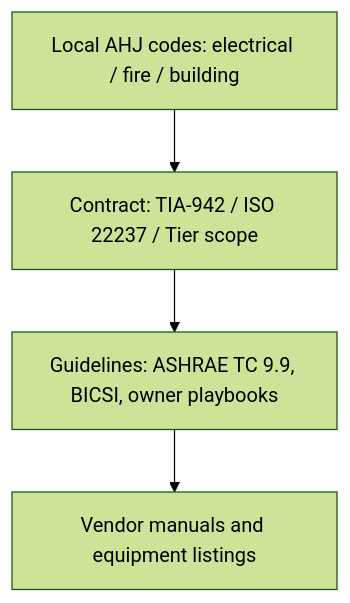
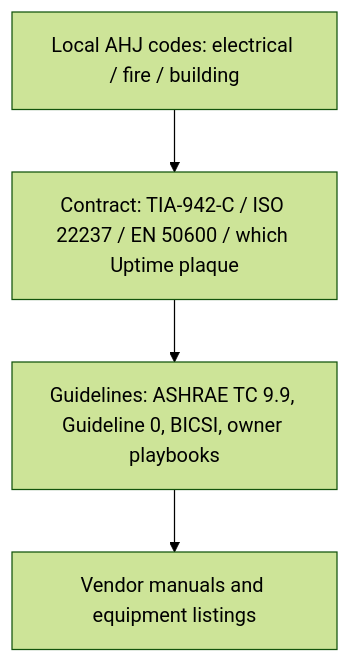
One commit to JYeswak/cdcp-self-study changed the diagram in modules/02-standards.md. Above: the diagram before and after it, drawn with Mermaid (forest theme). The commit also changed other lines of this file and 2 other files, not shown here.

````diff
--- a/modules/02-standards.md
+++ b/modules/02-standards.md
@@ -191,11 +280,11 @@
 ```mermaid
 flowchart TB
   AHJ[Local AHJ codes: electrical / fire / building]
-  Contract[Contract: TIA-942 / ISO 22237 / Tier scope]
-  Guide[Guidelines: ASHRAE TC 9.9, BICSI, owner playbooks]
+  Contract[Contract: TIA-942-C / ISO 22237 / EN 50600 / which Uptime plaque]
+  Guide[Guidelines: ASHRAE TC 9.9, Guideline 0, BICSI, owner playbooks]
   Vendor[Vendor manuals and equipment listings]
 
   AHJ --> Contract
   Contract --> Guide
   Guide --> Vendor
 ```
````
